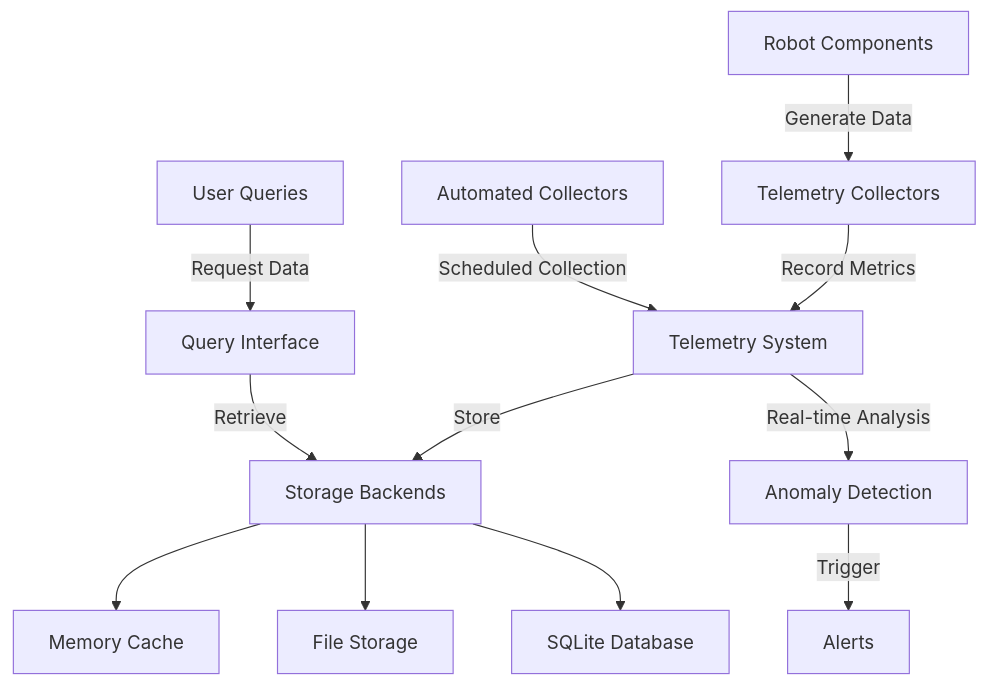
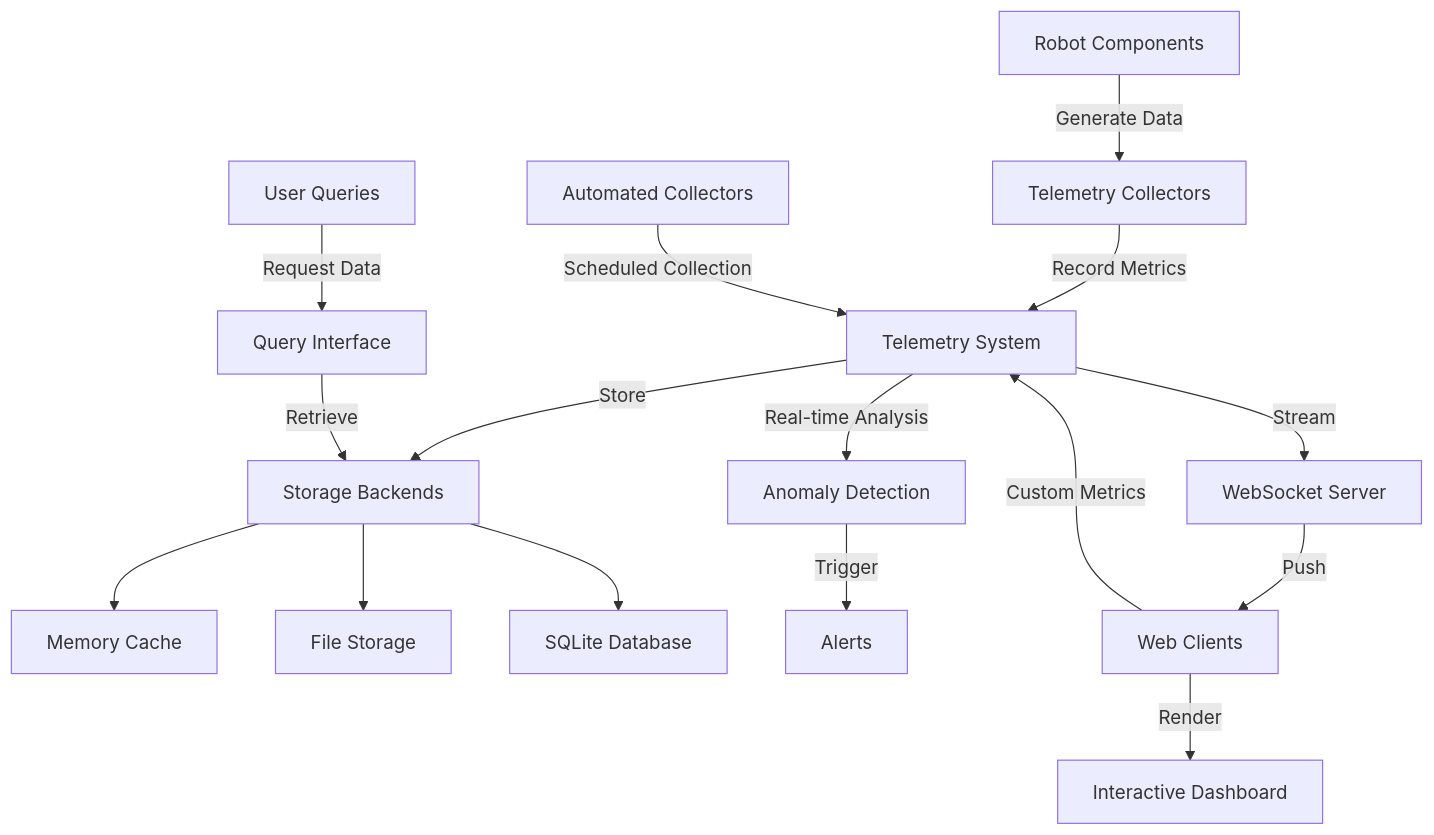
One commit to stemoutreach/PathfinderBot changed the seventh of 11 diagrams in docs/TESTING_AND_RELIABILITY.md. Above: the diagram before and after it, drawn with Mermaid. The commit also changed other lines of this file and 7 other files, not shown here.

````diff
--- a/docs/TESTING_AND_RELIABILITY.md
+++ b/docs/TESTING_AND_RELIABILITY.md
@@ -326,16 +329,21 @@
 ```mermaid
 graph TD
     A[Robot Components] -->|Generate Data| B[Telemetry Collectors]
     B -->|Record Metrics| C[Telemetry System]
     C -->|Store| D[Storage Backends]
     D --> D1[Memory Cache]
     D --> D2[File Storage]
     D --> D3[SQLite Database]
     
     E[Automated Collectors] -->|Scheduled Collection| C
     F[User Queries] -->|Request Data| G[Query Interface]
     G -->|Retrieve| D
     
     C -->|Real-time Analysis| H[Anomaly Detection]
     H -->|Trigger| I[Alerts]
+    
+    C -->|Stream| J[WebSocket Server]
+    J -->|Push| K[Web Clients]
+    K -->|Render| L[Interactive Dashboard]
+    K -->|Custom Metrics| C
 ```
````
